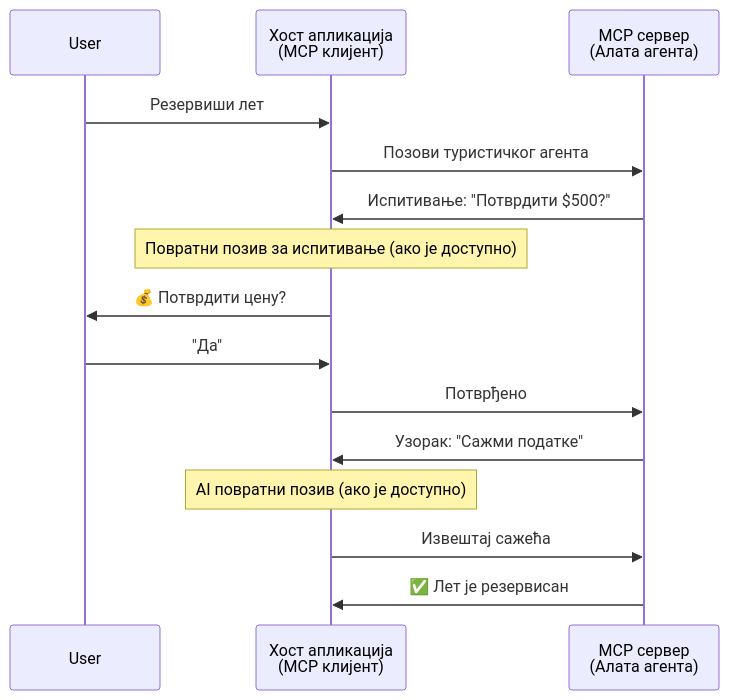
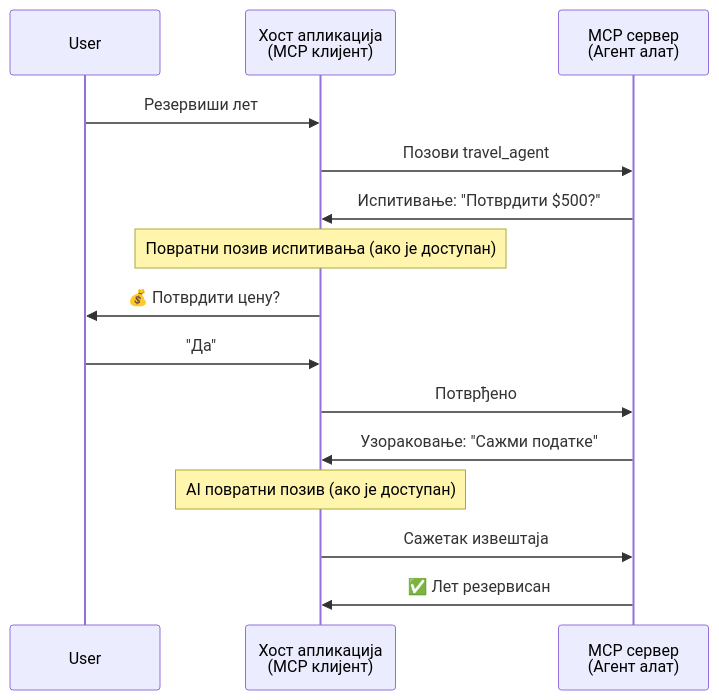
Before and after one commit to gabrielmoreira/agent-skills-mirror: the fourth of 5 diagrams in mirrors/repos/microsoft@ai-agents-for-beginners/translations/sr/11-agentic-protocols/code_samples/mcp-agents/README.md, drawn with Mermaid. The commit also changed other lines of this file and 4262 other files, not shown here.

````diff
--- a/mirrors/repos/microsoft@ai-agents-for-beginners/translations/sr/11-agentic-protocols/code_samples/mcp-agents/README.md
+++ b/mirrors/repos/microsoft@ai-agents-for-beginners/translations/sr/11-agentic-protocols/code_samples/mcp-agents/README.md
@@ -163,21 +163,21 @@
 ```mermaid
 sequenceDiagram
     participant User
     participant Host as Хост апликација<br/>(MCP клијент)
-    participant Server as MCP сервер<br/>(Алата агента)
+    participant Server as MCP сервер<br/>(Агент алат)
 
     User->>Host: Резервиши лет
-    Host->>Server: Позови туристичког агента
+    Host->>Server: Позови travel_agent
 
     Server->>Host: Испитивање: "Потврдити $500?"
-    Note over Host: Повратни позив за испитивање (ако је доступно)
+    Note over Host: Повратни позив испитивања (ако је доступан)
     Host->>User: 💰 Потврдити цену?
     User->>Host: "Да"
     Host->>Server: Потврђено
 
-    Server->>Host: Узорак: "Сажми податке"
-    Note over Host: AI повратни позив (ако је доступно)
-    Host->>Server: Извештај сажећа
+    Server->>Host: Узораковање: "Сажми податке"
+    Note over Host: AI повратни позив (ако је доступан)
+    Host->>Server: Сажетак извештаја
 
-    Server->>Host: ✅ Лет је резервисан
+    Server->>Host: ✅ Лет резервисан
 ```
````
